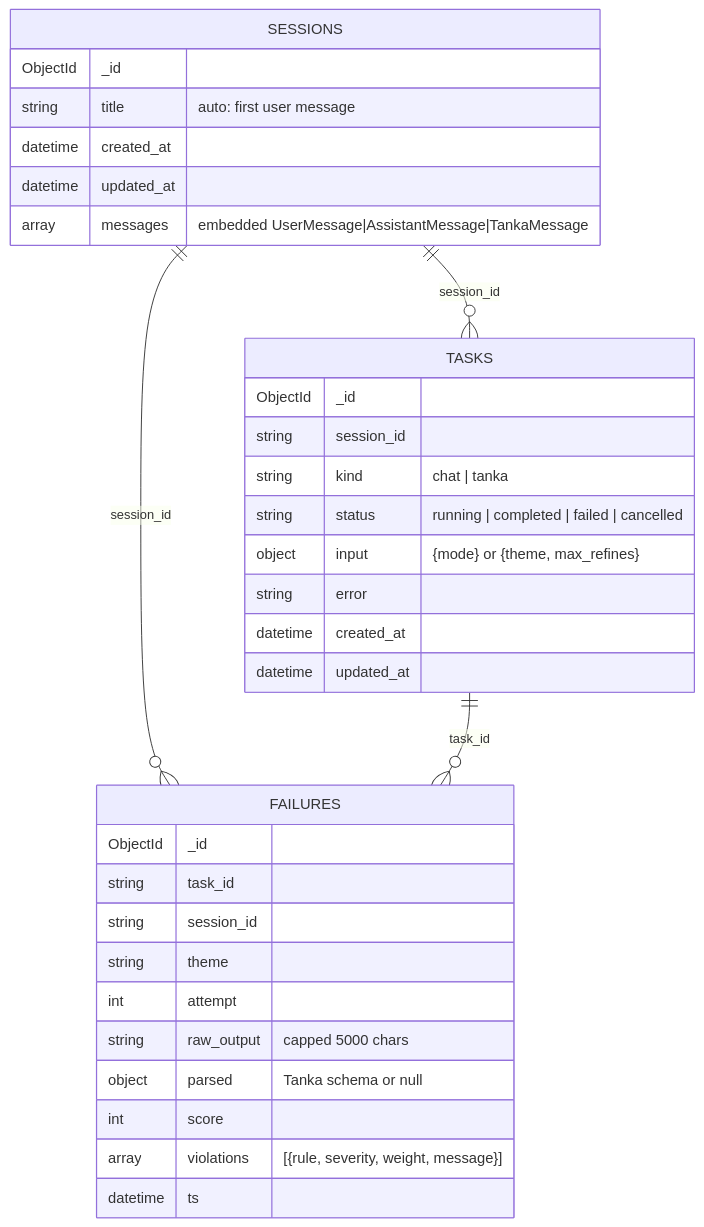
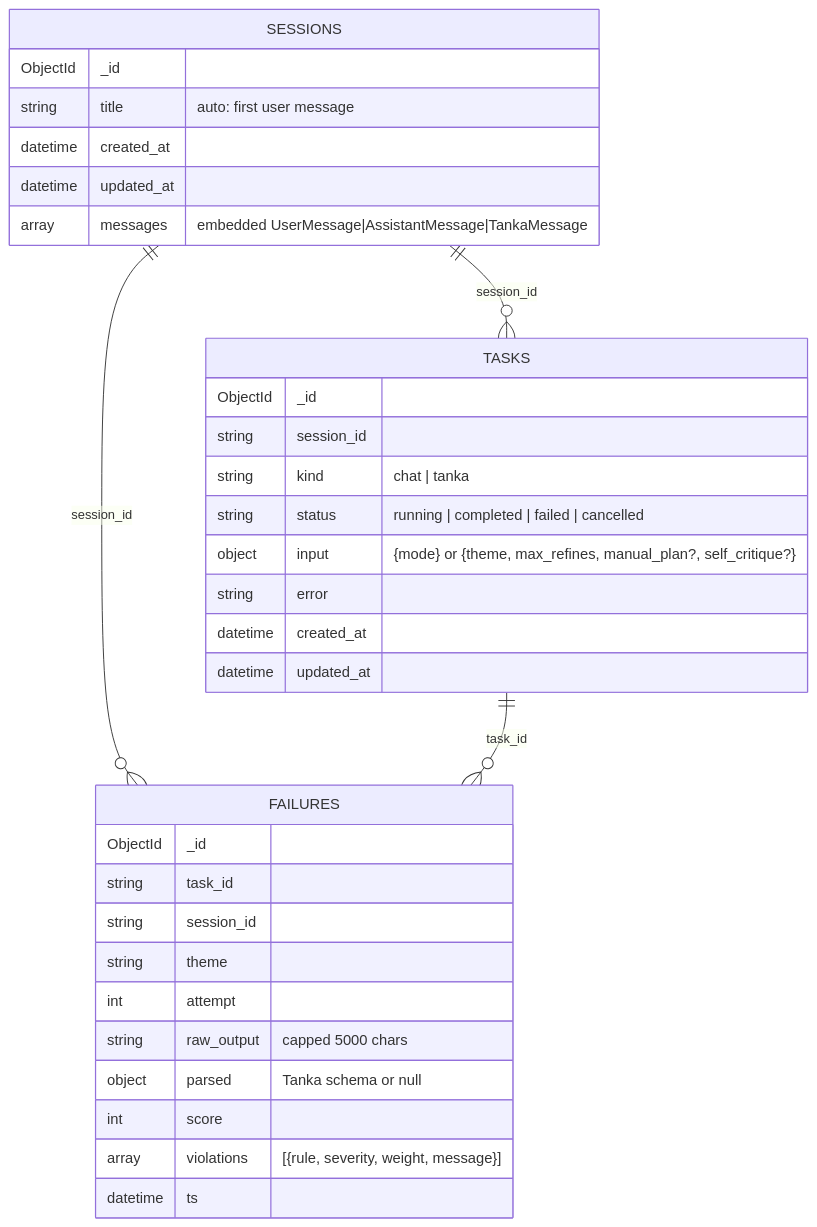
The fourth of 4 diagrams in app/docs/architecture.md (nrm176/tanka-llm-jp), drawn with Mermaid before and after one commit. The commit also changed 12 other files, not shown here.

First line of the commit message:
eval: paired A/B ハーネス — per-request self_critique 上書き + eval-paired.sh + runbook (#57)

````diff
--- a/app/docs/architecture.md
+++ b/app/docs/architecture.md
@@ -295,36 +295,36 @@
 ```mermaid
 erDiagram
     SESSIONS {
         ObjectId _id
         string   title          "auto: first user message"
         datetime created_at
         datetime updated_at
         array    messages       "embedded UserMessage|AssistantMessage|TankaMessage"
     }
     TASKS {
         ObjectId _id
         string   session_id
         string   kind            "chat | tanka"
         string   status          "running | completed | failed | cancelled"
-        object   input           "{mode} or {theme, max_refines}"
+        object   input           "{mode} or {theme, max_refines, manual_plan?, self_critique?}"
         string   error
         datetime created_at
         datetime updated_at
     }
     FAILURES {
         ObjectId _id
         string   task_id
         string   session_id
         string   theme
         int      attempt
         string   raw_output      "capped 5000 chars"
         object   parsed          "Tanka schema or null"
         int      score
         array    violations      "[{rule, severity, weight, message}]"
         datetime ts
     }
 
     SESSIONS ||--o{ TASKS    : "session_id"
     SESSIONS ||--o{ FAILURES : "session_id"
     TASKS    ||--o{ FAILURES : "task_id"
 ```
````
